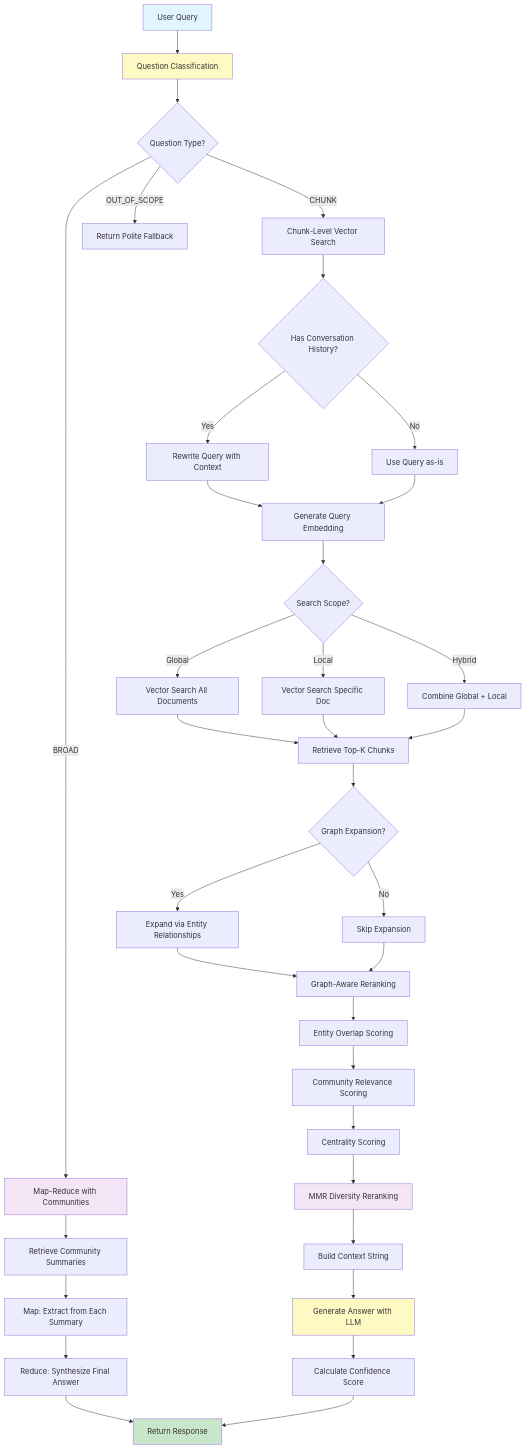
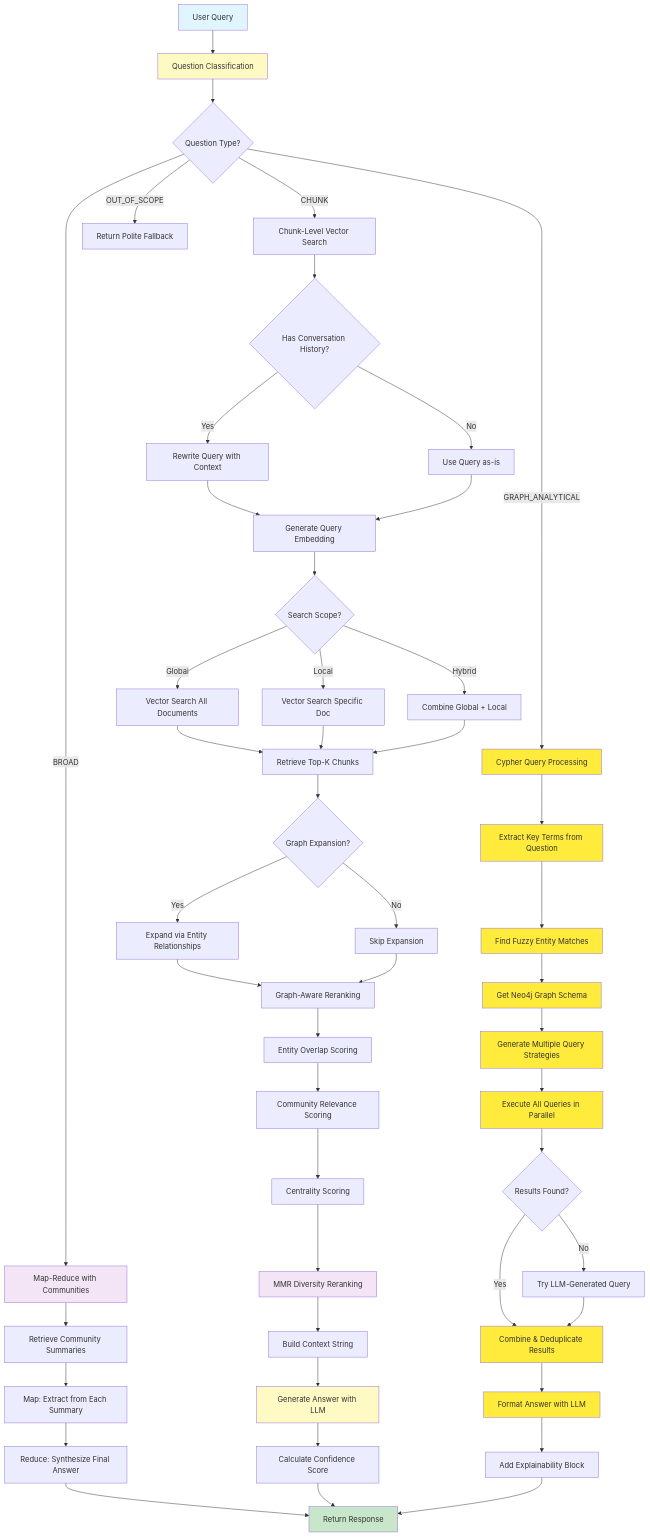
One commit to avinash-mall/graph-rag changed the third of 5 diagrams in README.md. Above: the diagram before and after it, drawn with Mermaid. The commit also changed other lines of this file and 9 other files, not shown here.

````diff
--- a/README.md
+++ b/README.md
@@ -259,51 +287,73 @@
 ```mermaid
 graph TD
     A[User Query] --> B[Question Classification]
     B --> C{Question Type?}
     C -->|BROAD| D[Map-Reduce with Communities]
     C -->|CHUNK| E[Chunk-Level Vector Search]
+    C -->|GRAPH_ANALYTICAL| CY[Cypher Query Processing]
     C -->|OUT_OF_SCOPE| F[Return Polite Fallback]
   
     D --> D1[Retrieve Community Summaries]
     D1 --> D2[Map: Extract from Each Summary]
     D2 --> D3[Reduce: Synthesize Final Answer]
     D3 --> X
   
     E --> G{Has Conversation History?}
     G -->|Yes| H[Rewrite Query with Context]
     G -->|No| I[Use Query as-is]
     H --> J[Generate Query Embedding]
     I --> J
   
     J --> K{Search Scope?}
     K -->|Global| L[Vector Search All Documents]
     K -->|Local| M[Vector Search Specific Doc]
     K -->|Hybrid| N[Combine Global + Local]
   
     L --> O[Retrieve Top-K Chunks]
     M --> O
     N --> O
   
     O --> P{Graph Expansion?}
     P -->|Yes| Q[Expand via Entity Relationships]
     P -->|No| R[Skip Expansion]
     Q --> S[Graph-Aware Reranking]
     R --> S
   
     S --> T[Entity Overlap Scoring]
     T --> U[Community Relevance Scoring]
     U --> V[Centrality Scoring]
     V --> W[MMR Diversity Reranking]
   
     W --> Y[Build Context String]
     Y --> Z[Generate Answer with LLM]
     Z --> AA[Calculate Confidence Score]
     AA --> X[Return Response]
   
+    CY --> CY1[Extract Key Terms from Question]
+    CY1 --> CY2[Find Fuzzy Entity Matches]
+    CY2 --> CY3[Get Neo4j Graph Schema]
+    CY3 --> CY4[Generate Multiple Query Strategies]
+    CY4 --> CY5[Execute All Queries in Parallel]
+    CY5 --> CY6{Results Found?}
+    CY6 -->|Yes| CY7[Combine & Deduplicate Results]
+    CY6 -->|No| CY8[Try LLM-Generated Query]
+    CY8 --> CY7
+    CY7 --> CY9[Format Answer with LLM]
+    CY9 --> CY10[Add Explainability Block]
+    CY10 --> X
+  
     style A fill:#e1f5ff
     style B fill:#fff9c4
     style D fill:#f3e5f5
+    style CY fill:#ffeb3b
+    style CY1 fill:#ffeb3b
+    style CY2 fill:#ffeb3b
+    style CY3 fill:#ffeb3b
+    style CY4 fill:#ffeb3b
+    style CY5 fill:#ffeb3b
+    style CY7 fill:#ffeb3b
+    style CY9 fill:#ffeb3b
     style Z fill:#fff9c4
     style X fill:#c8e6c9
     style W fill:#f3e5f5
 ```
````
